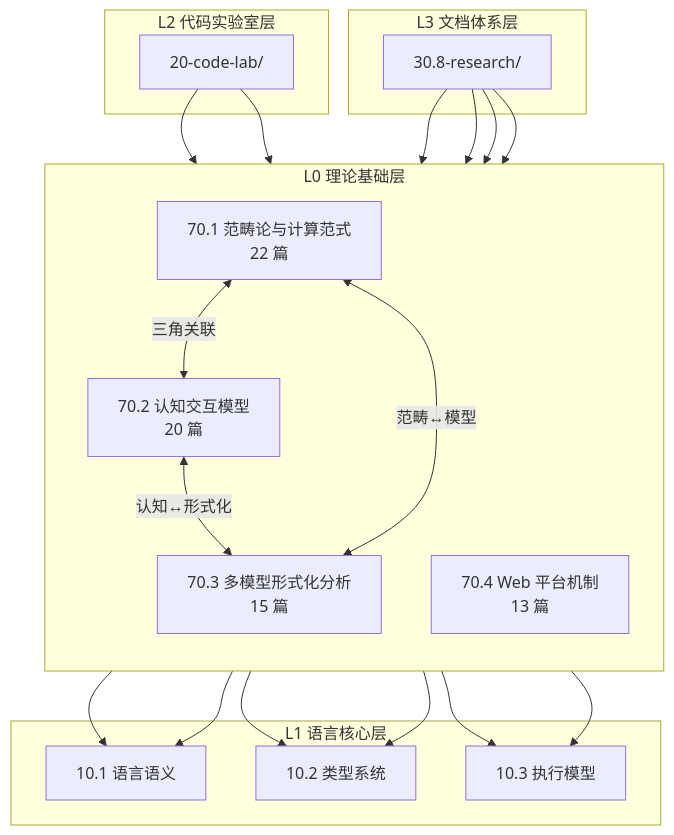
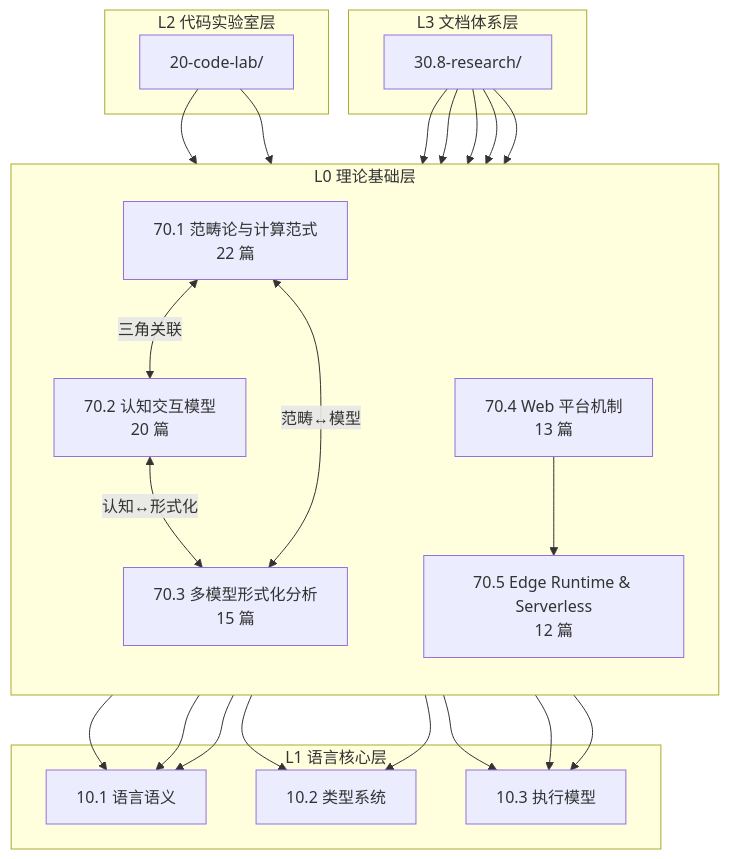
The first of 11 diagrams in 70-theoretical-foundations/KNOWLEDGE_GRAPH.md (AdaMartin18010/JavaScriptTypeScript), drawn with Mermaid before and after one commit. The commit also changed other lines of this file and 32 other files, not shown here.

First line of the commit message:
feat(70.5): add Edge Runtime & Serverless theoretical foundations

````diff
--- a/70-theoretical-foundations/KNOWLEDGE_GRAPH.md
+++ b/70-theoretical-foundations/KNOWLEDGE_GRAPH.md
@@ -10,41 +10,46 @@
 ```mermaid
 graph TB
     subgraph L0["L0 理论基础层"]
         direction TB
         701["70.1 范畴论与计算范式<br/>22 篇"]
         702["70.2 认知交互模型<br/>20 篇"]
         703["70.3 多模型形式化分析<br/>15 篇"]
         704["70.4 Web 平台机制<br/>13 篇"]
+        705["70.5 Edge Runtime & Serverless<br/>12 篇"]
     end
 
     subgraph L1["L1 语言核心层"]
         101["10.1 语言语义"]
         102["10.2 类型系统"]
         103["10.3 执行模型"]
     end
 
     subgraph L2["L2 代码实验室层"]
         201["20-code-lab/"]
     end
 
     subgraph L3["L3 文档体系层"]
         308["30.8-research/"]
     end
 
     701 --> 101
     701 --> 102
     702 --> 103
     703 --> 101
     703 --> 102
     703 --> 103
     201 --> 701
     201 --> 702
     308 --> 701
     308 --> 702
     308 --> 703
     308 --> 704
+    308 --> 705
+    705 --> 101
+    705 --> 103
+    704 --> 705
 
     701 <-->|"三角关联"| 702
     702 <-->|"认知↔形式化"| 703
     703 <-->|"范畴↔模型"| 701
 ```
````
